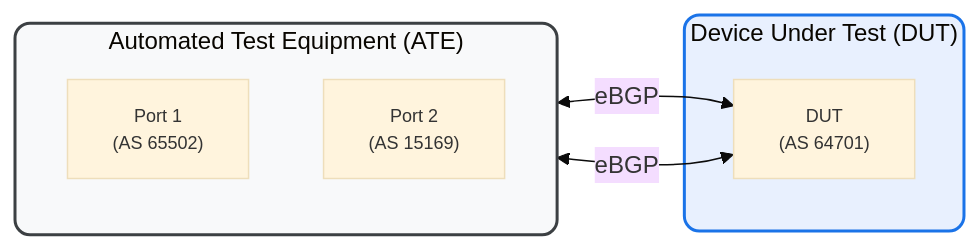
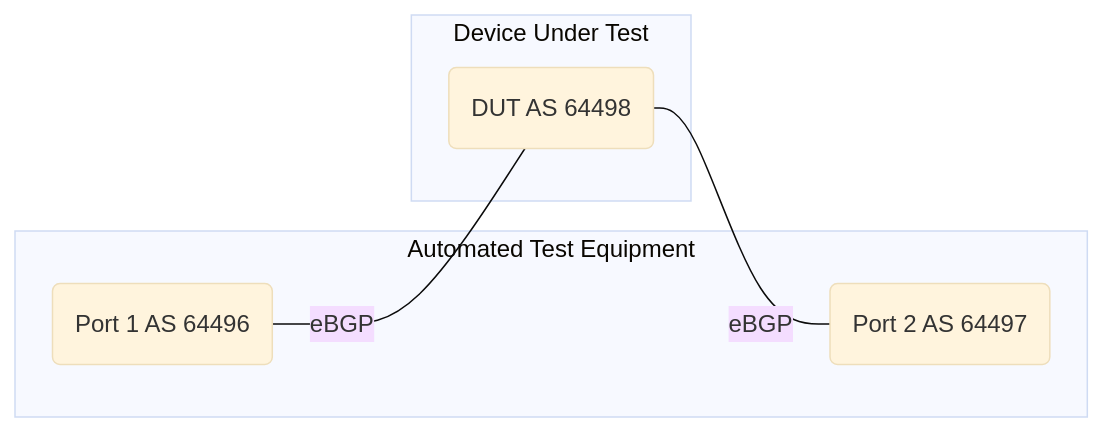
The diagram in feature/bgp/otg_tests/bgp_disable_peer_as_filter_test/README.md (openconfig/featureprofiles), drawn with Mermaid (base theme) before and after one commit. The commit also changed other lines of this file, not shown here.

Commit message:
Update README.md
Updated test to accommodate corrected ASNs and IP addresses

````diff
--- a/feature/bgp/otg_tests/bgp_disable_peer_as_filter_test/README.md
+++ b/feature/bgp/otg_tests/bgp_disable_peer_as_filter_test/README.md
@@ -13,25 +13,14 @@
 ```mermaid
-graph LR
-    subgraph ATE ["Automated Test Equipment (ATE)"]
-        direction TB
-        ATE1["Port 1<br/>(AS 65502)"]
-        ATE2["Port 2<br/>(AS 15169)"]
+flowchart LR
+    subgraph ATE [Automated Test Equipment]
+        ATE1(Port 1 AS 64496)
+        ATE2(Port 2 AS 64497)
     end
 
-    subgraph DUT_Domain ["Device Under Test (DUT)"]
-        DUT["DUT<br/>(AS 64701)"]
+    subgraph DUT_Domain [Device Under Test]
+        DUT(DUT AS 64498)
     end
 
-    %% Peering Connections
-    ATE1 <-->|eBGP| DUT
-    DUT <-->|eBGP| ATE2
-
-    %% Styling
-    classDef ateStyle fill:#f8f9fa,stroke:#3c4043,stroke-width:2px,rx:10,ry:10;
-    classDef dutStyle fill:#e8f0fe,stroke:#1a73e8,stroke-width:2px,rx:10,ry:10;
-    classDef nodeStyle font-family:sans-serif,font-size:12px;
-
-    class ATE ateStyle;
-    class DUT_Domain dutStyle;
-    class ATE1,ATE2,DUT nodeStyle;
+    ATE1 ---|eBGP| DUT
+    DUT ---|eBGP| ATE2
 ```
````
